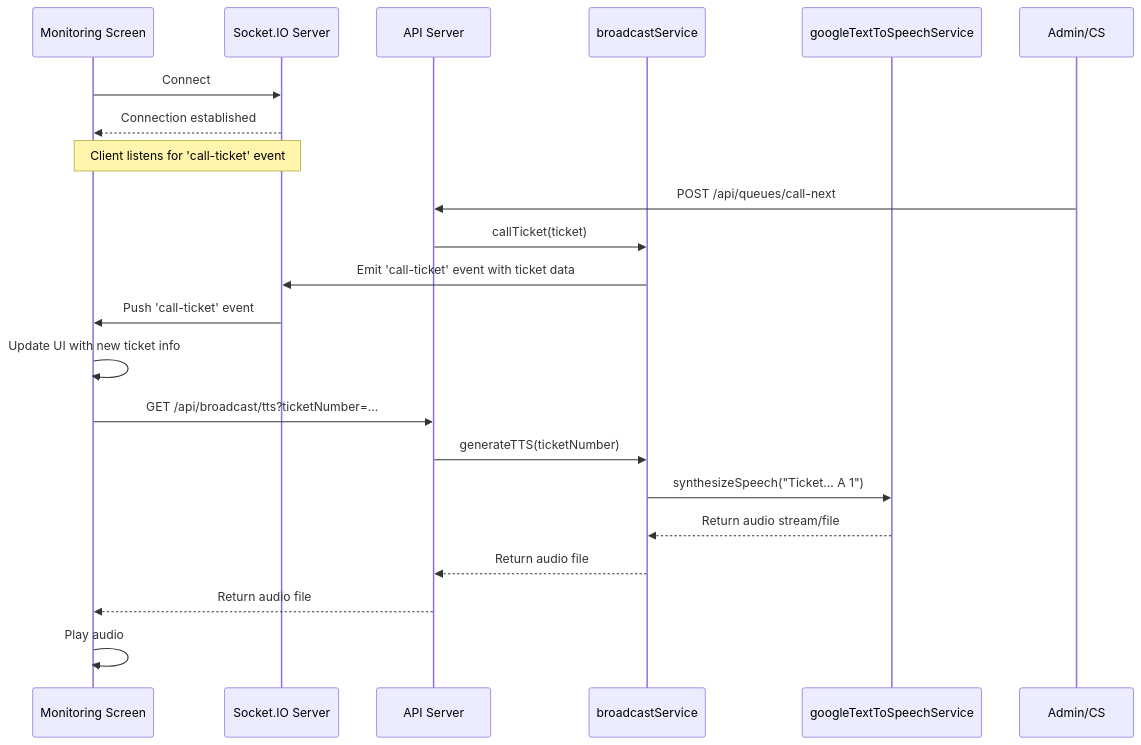
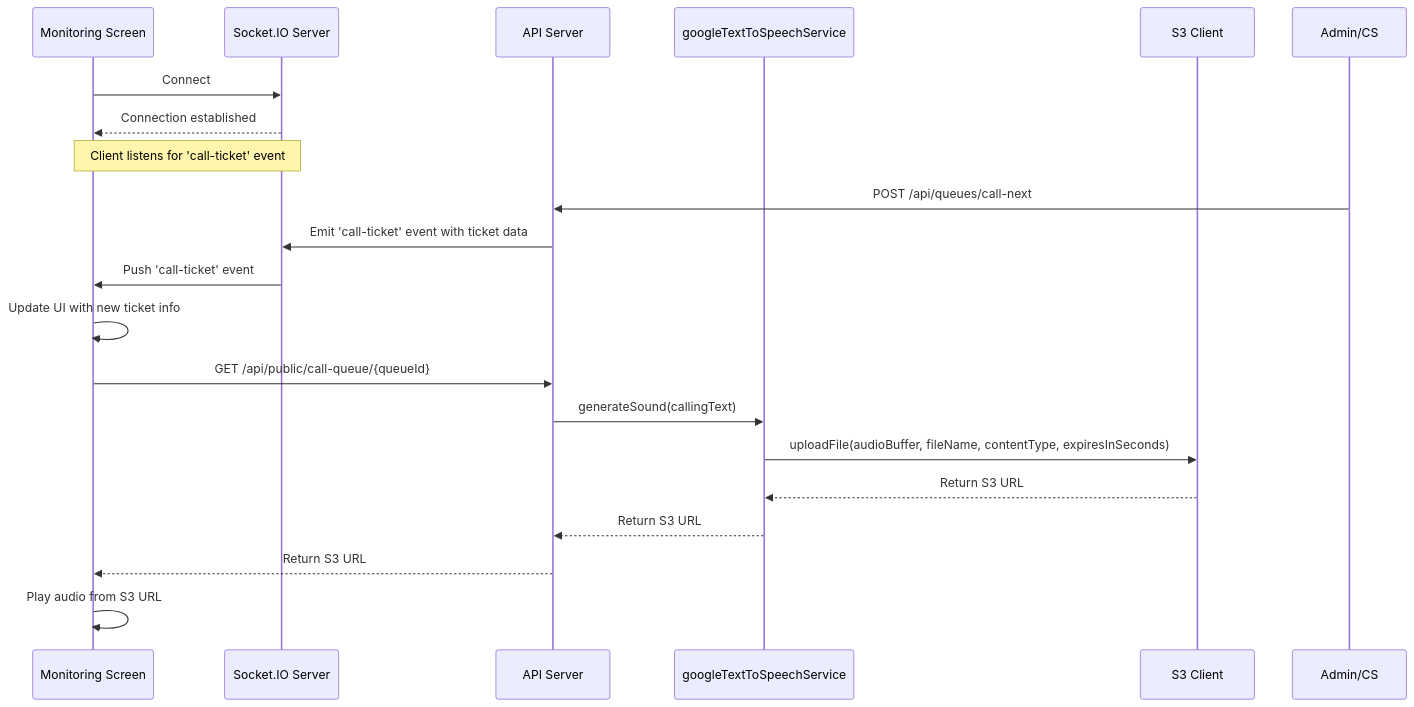
Before and after one commit to syauqiahmd/node_queue_v1: the fourth of 4 diagrams in UML.md, drawn with Mermaid. The commit also changed other lines of this file and 10 other files, not shown here.

````diff
--- a/UML.md
+++ b/UML.md
@@ -70,28 +70,27 @@
 ```mermaid
 sequenceDiagram
     participant MonitorClient as Monitoring Screen
     participant SocketServer as Socket.IO Server
     participant APIServer as API Server
-    participant BroadcastService as broadcastService
     participant GoogleTTS as googleTextToSpeechService
+    participant S3Client as S3 Client
 
     MonitorClient->>SocketServer: Connect
     SocketServer-->>MonitorClient: Connection established
 
     Note over MonitorClient, SocketServer: Client listens for 'call-ticket' event
 
     participant User as Admin/CS
     User->>APIServer: POST /api/queues/call-next
-    APIServer->>BroadcastService: callTicket(ticket)
-    BroadcastService->>SocketServer: Emit 'call-ticket' event with ticket data
+    APIServer->>SocketServer: Emit 'call-ticket' event with ticket data
     SocketServer->>MonitorClient: Push 'call-ticket' event
     
     MonitorClient->>MonitorClient: Update UI with new ticket info
-    MonitorClient->>APIServer: GET /api/broadcast/tts?ticketNumber=...
-    APIServer->>BroadcastService: generateTTS(ticketNumber)
-    BroadcastService->>GoogleTTS: synthesizeSpeech("Ticket... A 1")
-    GoogleTTS-->>BroadcastService: Return audio stream/file
-    BroadcastService-->>APIServer: Return audio file
-    APIServer-->>MonitorClient: Return audio file
-    MonitorClient->>MonitorClient: Play audio
+    MonitorClient->>APIServer: GET /api/public/call-queue/{queueId}
+    APIServer->>GoogleTTS: generateSound(callingText)
+    GoogleTTS->>S3Client: uploadFile(audioBuffer, fileName, contentType, expiresInSeconds)
+    S3Client-->>GoogleTTS: Return S3 URL
+    GoogleTTS-->>APIServer: Return S3 URL
+    APIServer-->>MonitorClient: Return S3 URL
+    MonitorClient->>MonitorClient: Play audio from S3 URL
 ```
````
